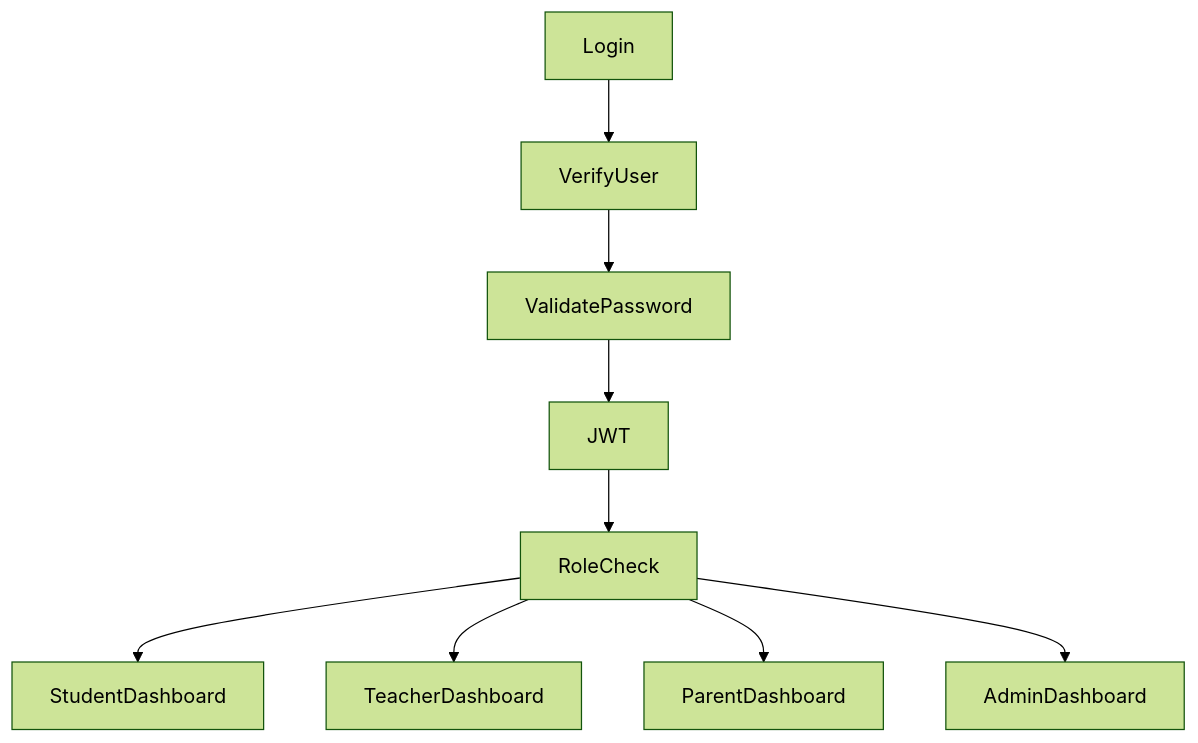
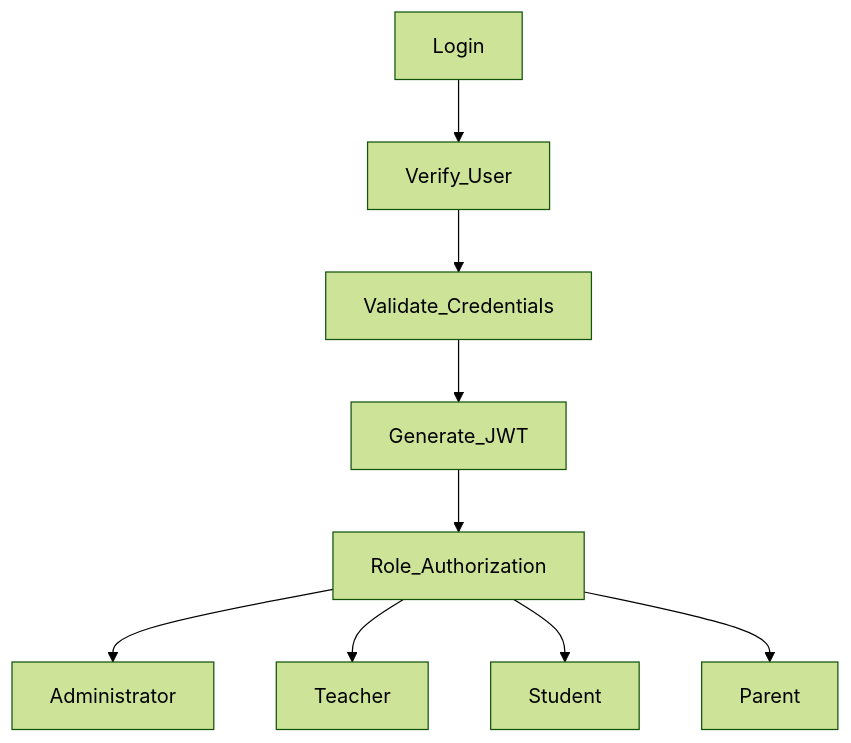
One commit to Edviora-Organization/.github changed the fifth of 7 diagrams in profile/README.md. Above: the diagram before and after it, drawn with Mermaid (forest theme). The commit also changed other lines of this file, not shown here.

````diff
--- a/profile/README.md
+++ b/profile/README.md
@@ -563,21 +452,18 @@
 ```mermaid
 flowchart TD
 
 Login
 
-Login --> VerifyUser
+Login --> Verify_User
 
-VerifyUser --> ValidatePassword
+Verify_User --> Validate_Credentials
 
-ValidatePassword --> JWT
+Validate_Credentials --> Generate_JWT
 
-JWT --> RoleCheck
+Generate_JWT --> Role_Authorization
 
-RoleCheck --> StudentDashboard
-
-RoleCheck --> TeacherDashboard
-
-RoleCheck --> ParentDashboard
-
-RoleCheck --> AdminDashboard
+Role_Authorization --> Administrator
+Role_Authorization --> Teacher
+Role_Authorization --> Student
+Role_Authorization --> Parent
 ```
````
